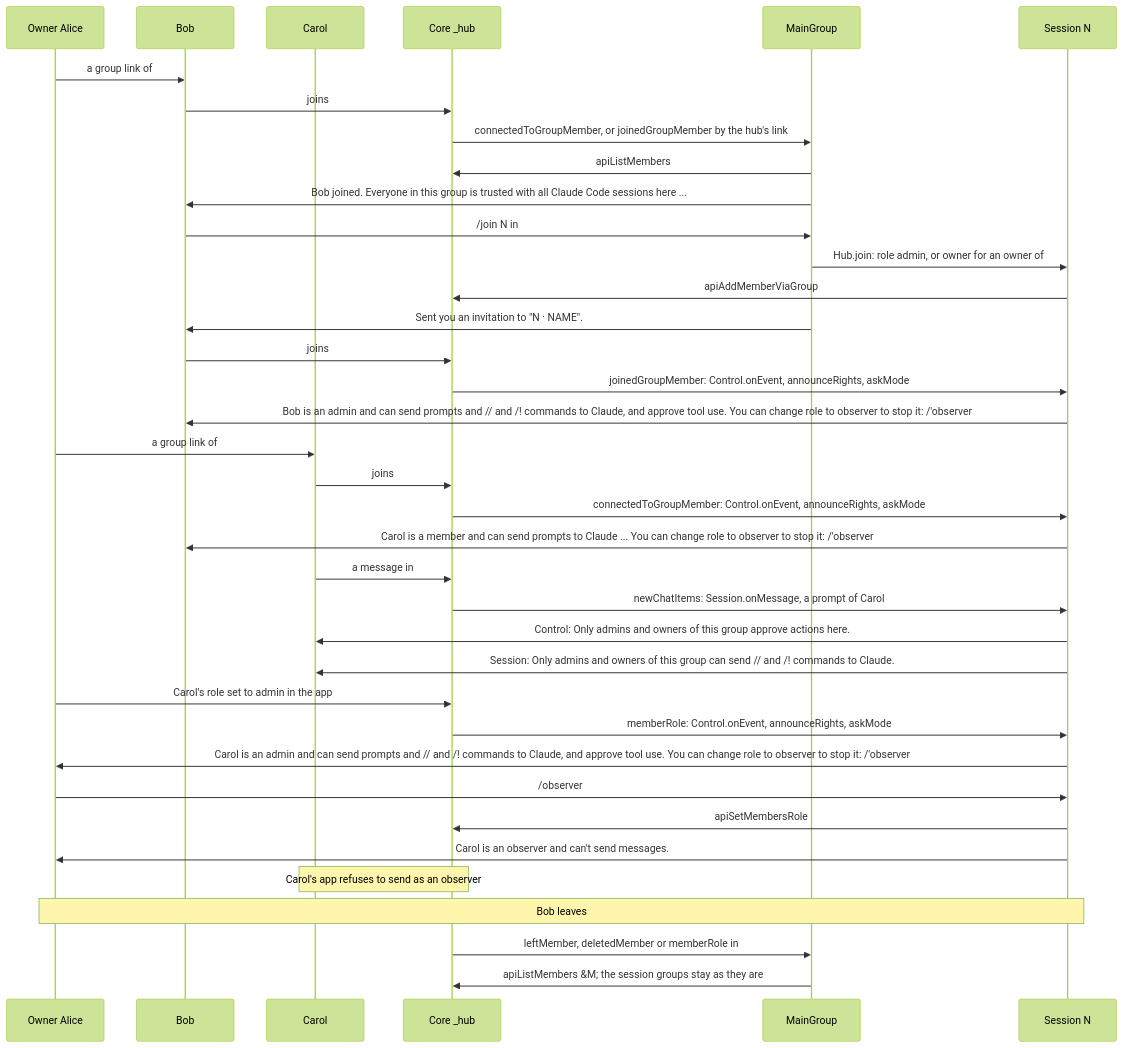
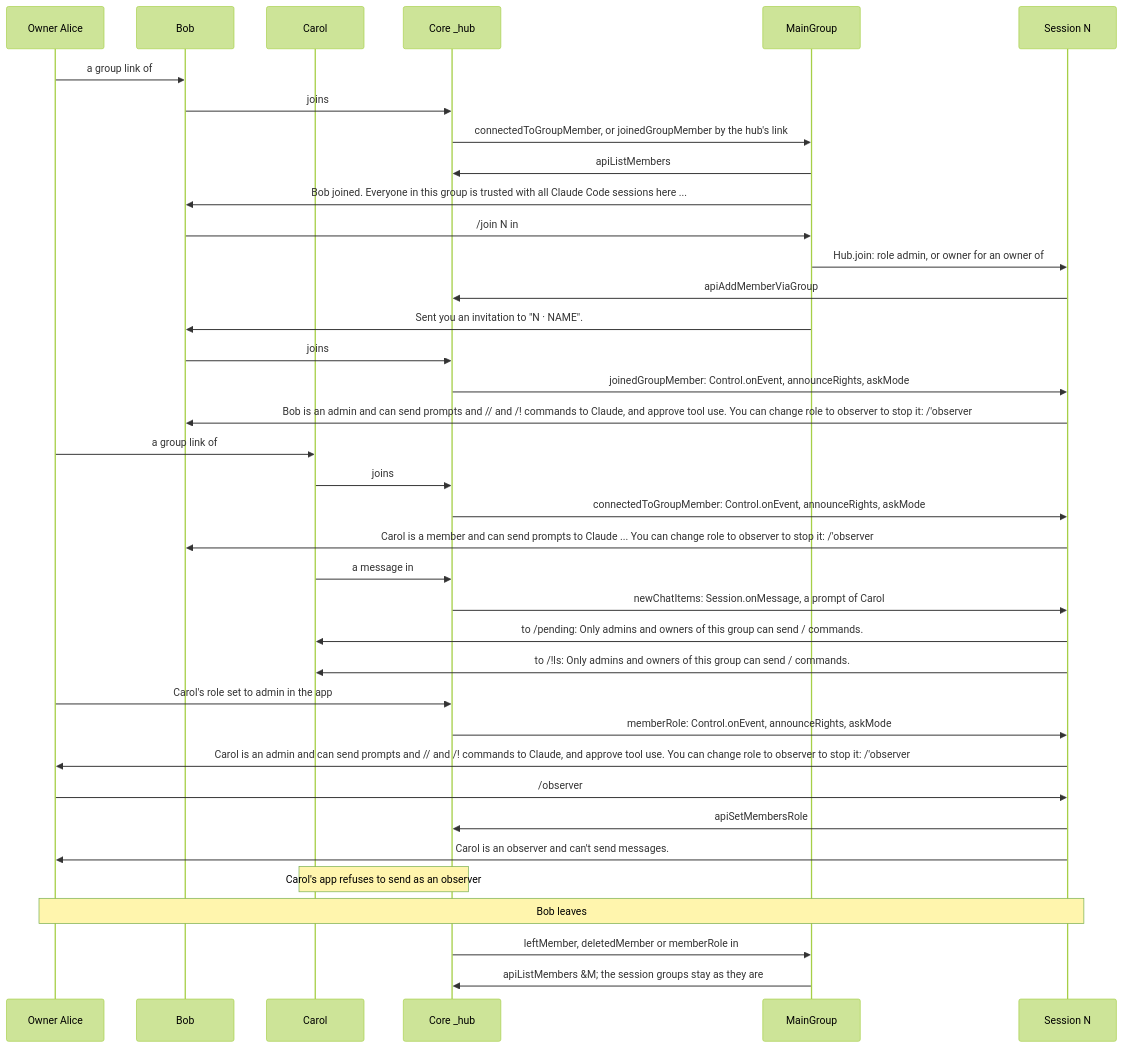
Before and after one commit to simplex-chat/simplex-chat: diagram 28 of 30 in packages/simplex-chat-mcp/spec/flows.md, drawn with Mermaid (forest theme). The commit also changed other lines of this file and 3 other files, not shown here.

First line of the commit message:
mcp: spec of / commands from admins and owners and profile updates

````diff
--- a/packages/simplex-chat-mcp/spec/flows.md
+++ b/packages/simplex-chat-mcp/spec/flows.md
@@ -1221,39 +1222,39 @@
 ```mermaid
 sequenceDiagram
   participant A as Owner Alice
   participant B as Bob
   participant G as Carol
   participant C as Core _hub
   participant M as MainGroup
   participant N as Session N
   A->>B: a group link of #M, or an invitation of a contact
   B->>C: joins #M
   C->>M: connectedToGroupMember, or joinedGroupMember by the hub's link
   M->>C: apiListMembers #M: Bob a current member
   M->>B: Bob joined. Everyone in this group is trusted with all Claude Code sessions here ...
   B->>M: /join N in #M
   M->>N: Hub.join: role admin, or owner for an owner of #M
   N->>C: apiAddMemberViaGroup #G via #M, role admin
   M->>B: Sent you an invitation to "N · NAME".
   B->>C: joins #G
   C->>N: joinedGroupMember: Control.onEvent, announceRights, askMode
   N->>B: Bob is an admin and can send prompts and // and /! commands to Claude, and approve tool use. You can change role to observer to stop it: /'observer #G ID'
   A->>G: a group link of #G with role member, or an invitation of a contact with a role
   G->>C: joins #G
   C->>N: connectedToGroupMember: Control.onEvent, announceRights, askMode
   N->>B: Carol is a member and can send prompts to Claude ... You can change role to observer to stop it: /'observer #G ID'
   G->>C: a message in #G, /pending, /!ls
   C->>N: newChatItems: Session.onMessage, a prompt of Carol
-  N->>G: Control: Only admins and owners of this group approve actions here.
-  N->>G: Session: Only admins and owners of this group can send // and /! commands to Claude.
+  N->>G: to /pending: Only admins and owners of this group can send / commands.
+  N->>G: to /!ls: Only admins and owners of this group can send / commands.
   A->>C: Carol's role set to admin in the app
   C->>N: memberRole: Control.onEvent, announceRights, askMode
   N->>A: Carol is an admin and can send prompts and // and /! commands to Claude, and approve tool use. You can change role to observer to stop it: /'observer #G ID'
   A->>N: /observer #G ID of Carol
   N->>C: apiSetMembersRole #G [ID] observer
   N->>A: Carol is an observer and can't send messages.
   Note over G,C: Carol's app refuses to send as an observer
   Note over A,N: Bob leaves #M, is removed from it, or gets another role there
   C->>M: leftMember, deletedMember or memberRole in #M
   M->>C: apiListMembers #M; the session groups stay as they are
 ```
````
